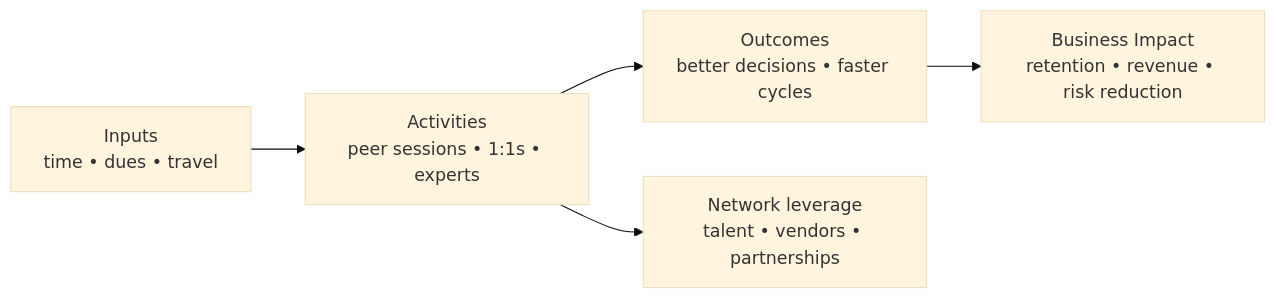
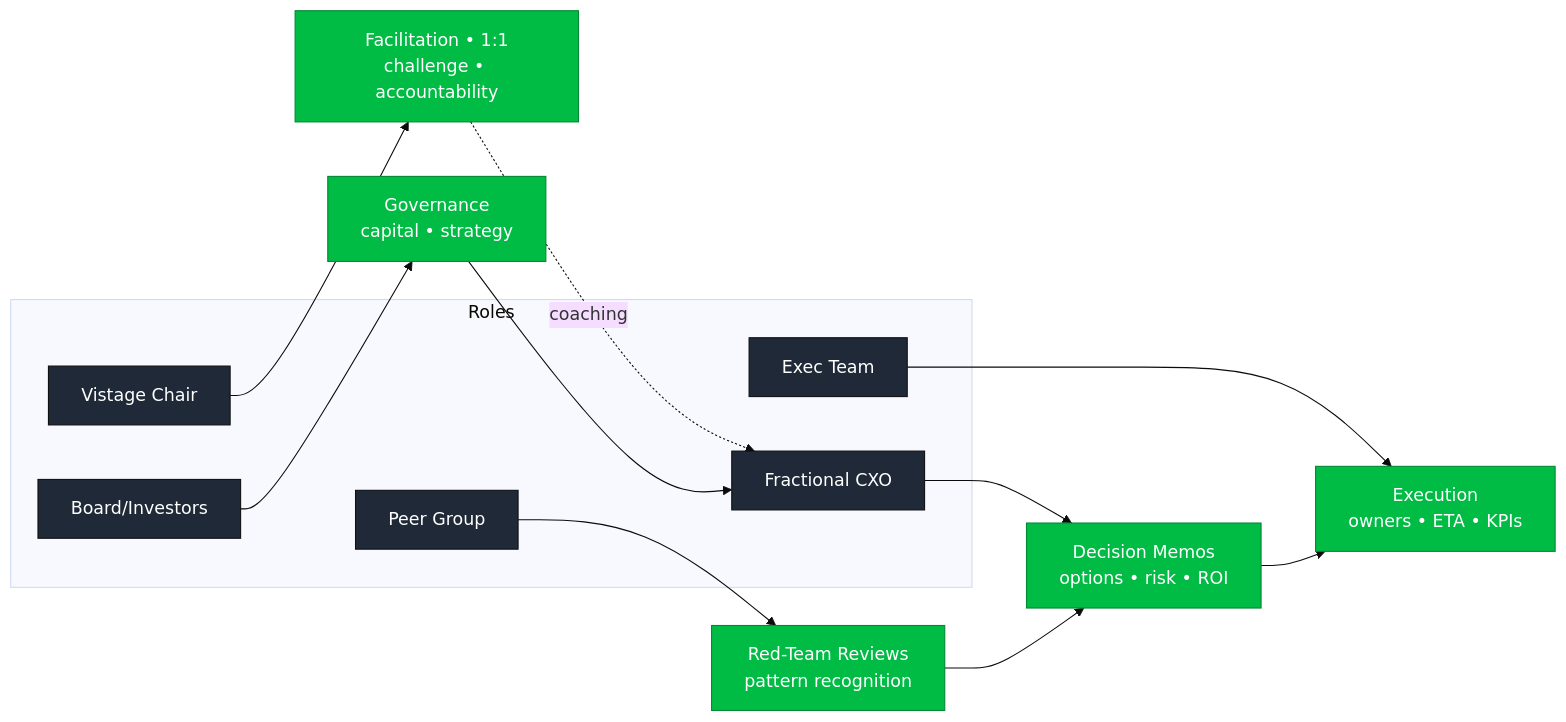
The eighth of 9 diagrams in VISTAGE.md (emcdo411/tech-fractional-cxo-program), drawn with Mermaid (base theme) before and after one commit. The commit also changed other lines of this file, not shown here.

````diff
--- a/VISTAGE.md
+++ b/VISTAGE.md
@@ -143,7 +263,24 @@
 ```mermaid
 flowchart LR
-  I["Inputs<br/>time • dues • travel"] --> A["Activities<br/>peer sessions • 1:1s • experts"]
-  A --> O1["Outcomes<br/>better decisions • faster cycles"]
-  A --> O2["Network leverage<br/>talent • vendors • partnerships"]
-  O1 --> R["Business Impact<br/>retention • revenue • risk reduction"]
+  classDef role fill:#1f2937,color:#fff,stroke:#111;
+  classDef resp fill:#0b4,color:#fff,stroke:#083;
+
+  subgraph Roles
+    CXO["Fractional CXO"]:::role
+    CH["Vistage Chair"]:::role
+    PG["Peer Group"]:::role
+    ET["Exec Team"]:::role
+    BD["Board/Investors"]:::role
+  end
+
+  CXO --> R1["Decision Memos<br/>options • risk • ROI"]:::resp
+  CH  --> R2["Facilitation • 1:1<br/>challenge • accountability"]:::resp
+  PG  --> R3["Red-Team Reviews<br/>pattern recognition"]:::resp
+  ET  --> R4["Execution<br/>owners • ETA • KPIs"]:::resp
+  BD  --> R5["Governance<br/>capital • strategy"]:::resp
+
+  R1 --> R4
+  R2 -. coaching .-> CXO
+  R3 --> R1
+  R5 --> CXO
 ```
````
